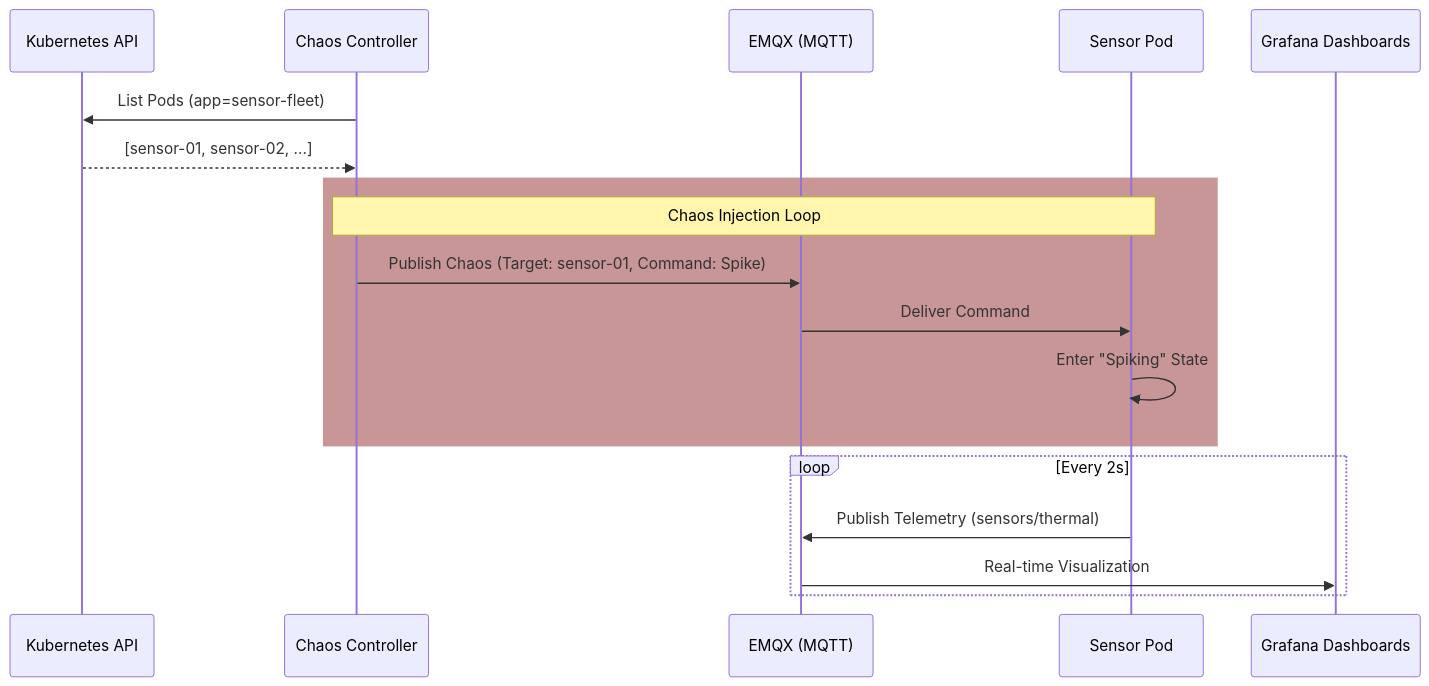
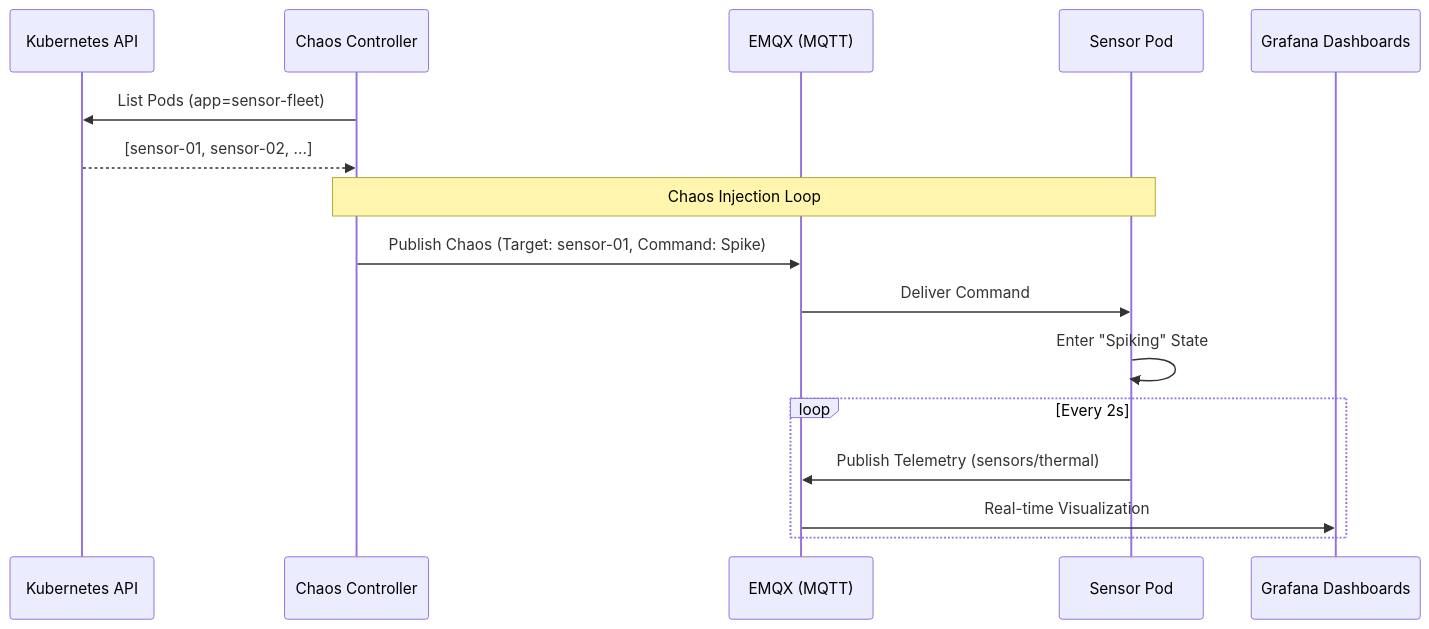
The diagram in docs/architecture/services/hardware-sim.md (victoriacheng15/observability-hub), drawn with Mermaid before and after one commit. The commit also changed other lines of this file, not shown here.

````diff
--- a/docs/architecture/services/hardware-sim.md
+++ b/docs/architecture/services/hardware-sim.md
@@ -33,23 +57,21 @@
 ```mermaid
 sequenceDiagram
     participant K8s as Kubernetes API
     participant Chaos as Chaos Controller
     participant Broker as EMQX (MQTT)
     participant Sensor as Sensor Pod
     participant Viz as Grafana Dashboards
 
     Chaos->>K8s: List Pods (app=sensor-fleet)
     K8s-->>Chaos: [sensor-01, sensor-02, ...]
     
-    rect rgb(200, 150, 150)
-        Note over Chaos, Sensor: Chaos Injection Loop
-        Chaos->>Broker: Publish Chaos (Target: sensor-01, Command: Spike)
-        Broker->>Sensor: Deliver Command
-        Sensor->>Sensor: Enter "Spiking" State
-    end
+    Note over Chaos, Sensor: Chaos Injection Loop
+    Chaos->>Broker: Publish Chaos (Target: sensor-01, Command: Spike)
+    Broker->>Sensor: Deliver Command
+    Sensor->>Sensor: Enter "Spiking" State
 
     loop Every 2s
         Sensor->>Broker: Publish Telemetry (sensors/thermal)
         Broker->>Viz: Real-time Visualization
     end
 ```
````
